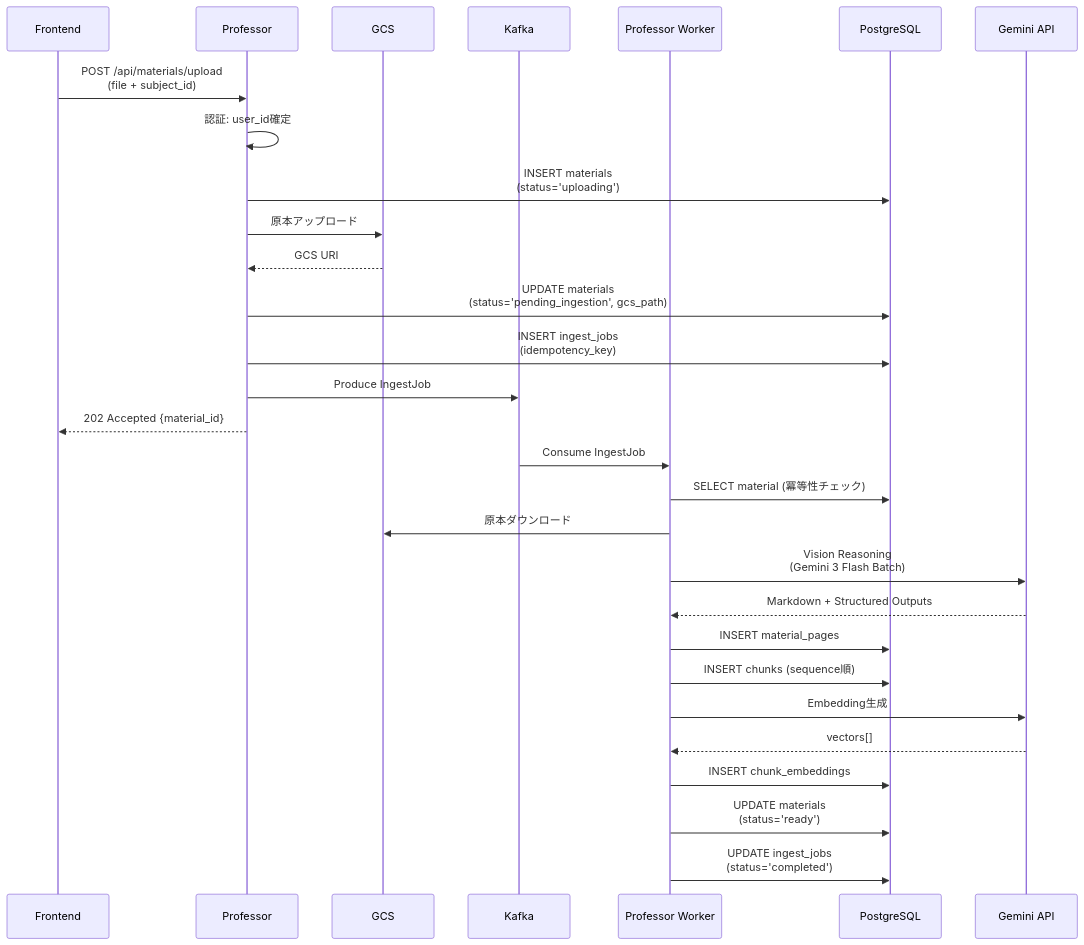
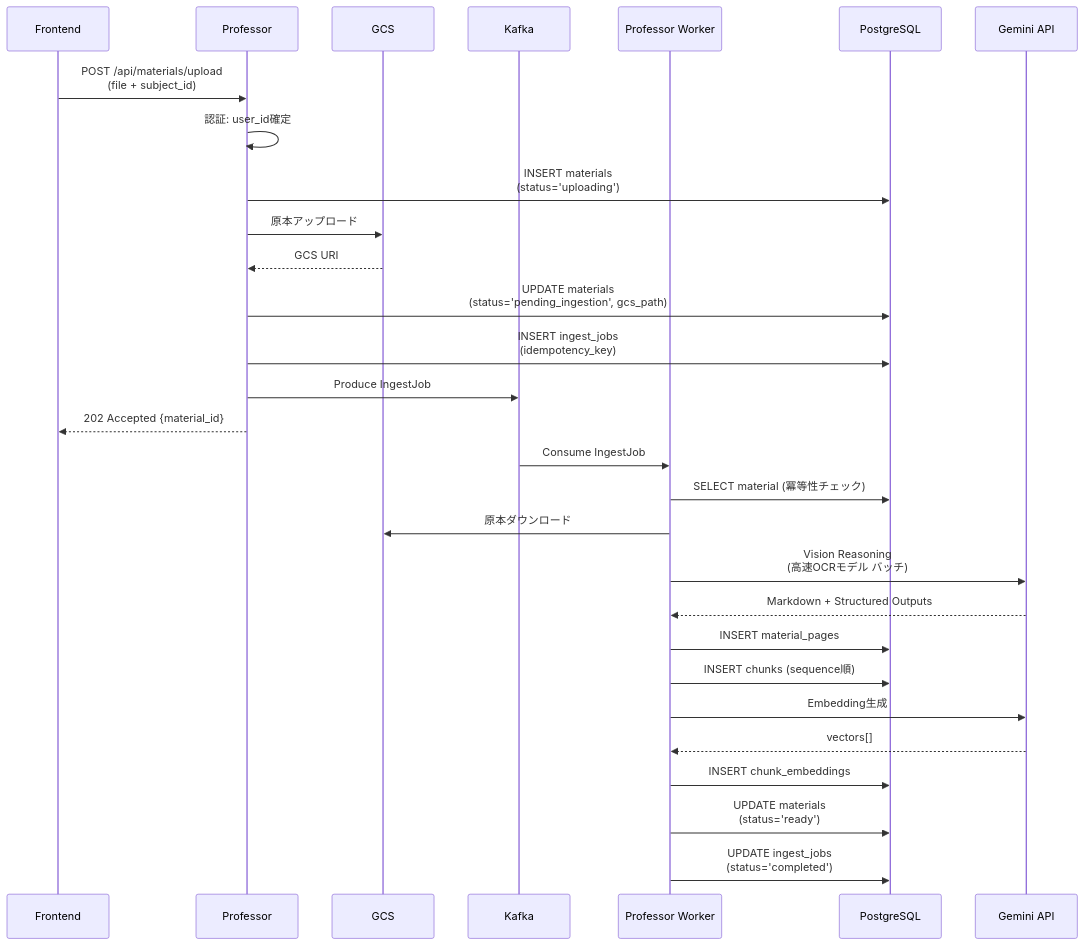
The seventh of 11 diagrams in eduanimaR_Professor/docs/01_architecture/DB_SCHEMA_ERD.md (ttokunaga-ja/eduanimaR), drawn with Mermaid before and after one commit. The commit also changed other lines of this file and 13 other files, not shown here.

````diff
--- a/eduanimaR_Professor/docs/01_architecture/DB_SCHEMA_ERD.md
+++ b/eduanimaR_Professor/docs/01_architecture/DB_SCHEMA_ERD.md
@@ -301,33 +301,33 @@
 ```mermaid
 sequenceDiagram
     participant F as Frontend
     participant P as Professor
     participant G as GCS
     participant K as Kafka
     participant W as Professor Worker
     participant DB as PostgreSQL
     participant LLM as Gemini API
 
     F->>P: POST /api/materials/upload<br/>(file + subject_id)
     P->>P: 認証: user_id確定
     P->>DB: INSERT materials<br/>(status='uploading')
     P->>G: 原本アップロード
     G-->>P: GCS URI
     P->>DB: UPDATE materials<br/>(status='pending_ingestion', gcs_path)
     P->>DB: INSERT ingest_jobs<br/>(idempotency_key)
     P->>K: Produce IngestJob
     P-->>F: 202 Accepted {material_id}
     
     K->>W: Consume IngestJob
     W->>DB: SELECT material (冪等性チェック)
     W->>G: 原本ダウンロード
-    W->>LLM: Vision Reasoning<br/>(Gemini 3 Flash Batch)
+    W->>LLM: Vision Reasoning<br/>(高速OCRモデル バッチ)
     LLM-->>W: Markdown + Structured Outputs
     W->>DB: INSERT material_pages
     W->>DB: INSERT chunks (sequence順)
     W->>LLM: Embedding生成
     LLM-->>W: vectors[]
     W->>DB: INSERT chunk_embeddings
     W->>DB: UPDATE materials<br/>(status='ready')
     W->>DB: UPDATE ingest_jobs<br/>(status='completed')
 ```
````
